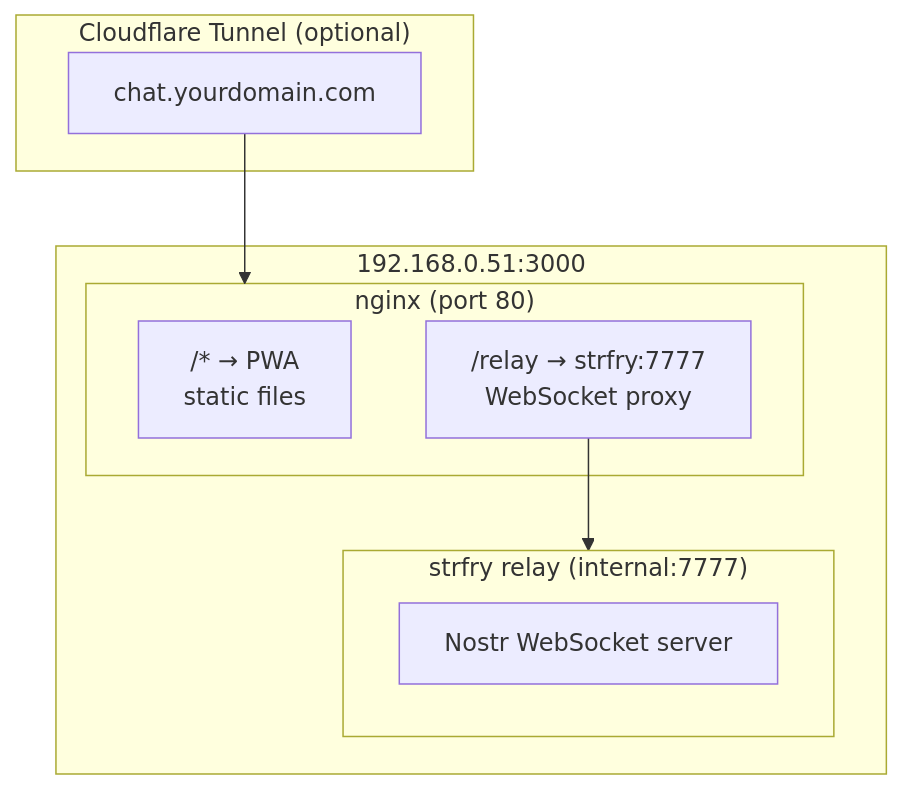
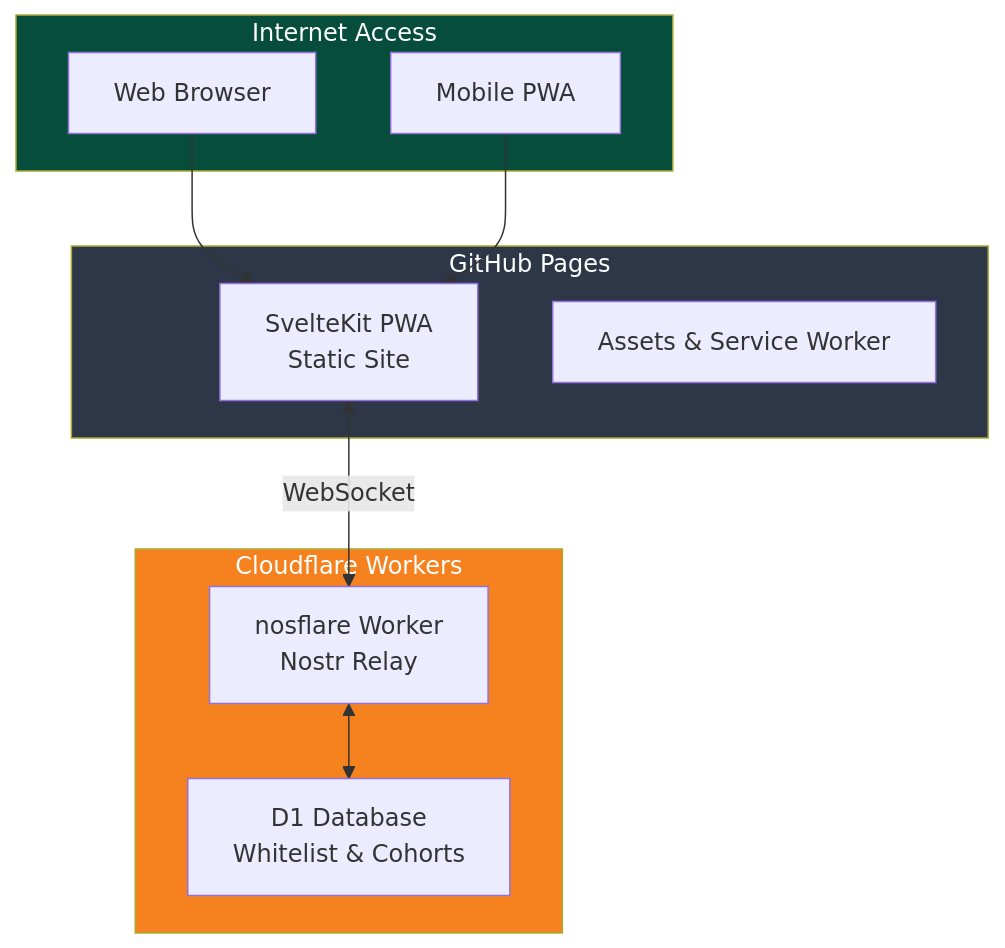
Before and after one commit to jjohare/minimoonoir: the diagram in docs/DEPLOYMENT.md, drawn with Mermaid. The commit also changed other lines of this file and 27 other files, not shown here.

First line of the commit message:
chore: deprecate Docker architecture, update docs for serverless

````diff
--- a/docs/DEPLOYMENT.md
+++ b/docs/DEPLOYMENT.md
@@ -9,20 +9,26 @@
 ```mermaid
 flowchart TB
-    subgraph Internet["Cloudflare Tunnel (optional)"]
-        Domain["chat.yourdomain.com"]
+    subgraph Internet["Internet Access"]
+        Browser["Web Browser"]
+        Mobile["Mobile PWA"]
     end
 
-    subgraph Server["192.168.0.51:3000"]
-        subgraph Nginx["nginx (port 80)"]
-            PWARoute["/* → PWA<br/>static files"]
-            RelayRoute["/relay → strfry:7777<br/>WebSocket proxy"]
-        end
-
-        subgraph Relay["strfry relay (internal:7777)"]
-            Nostr["Nostr WebSocket server"]
-        end
+    subgraph GitHub["GitHub Pages"]
+        Static["SvelteKit PWA<br/>Static Site"]
+        Assets["Assets & Service Worker"]
     end
 
-    Domain --> Nginx
-    RelayRoute --> Relay
+    subgraph Cloudflare["Cloudflare Workers"]
+        Worker["nosflare Worker<br/>Nostr Relay"]
+        D1["D1 Database<br/>Whitelist & Cohorts"]
+    end
+
+    Browser --> Static
+    Mobile --> Static
+    Static <-->|WebSocket| Worker
+    Worker <--> D1
+
+    style GitHub fill:#2d3748,color:#fff
+    style Cloudflare fill:#f6821f,color:#fff
+    style Internet fill:#064e3b,color:#fff
 ```
````
